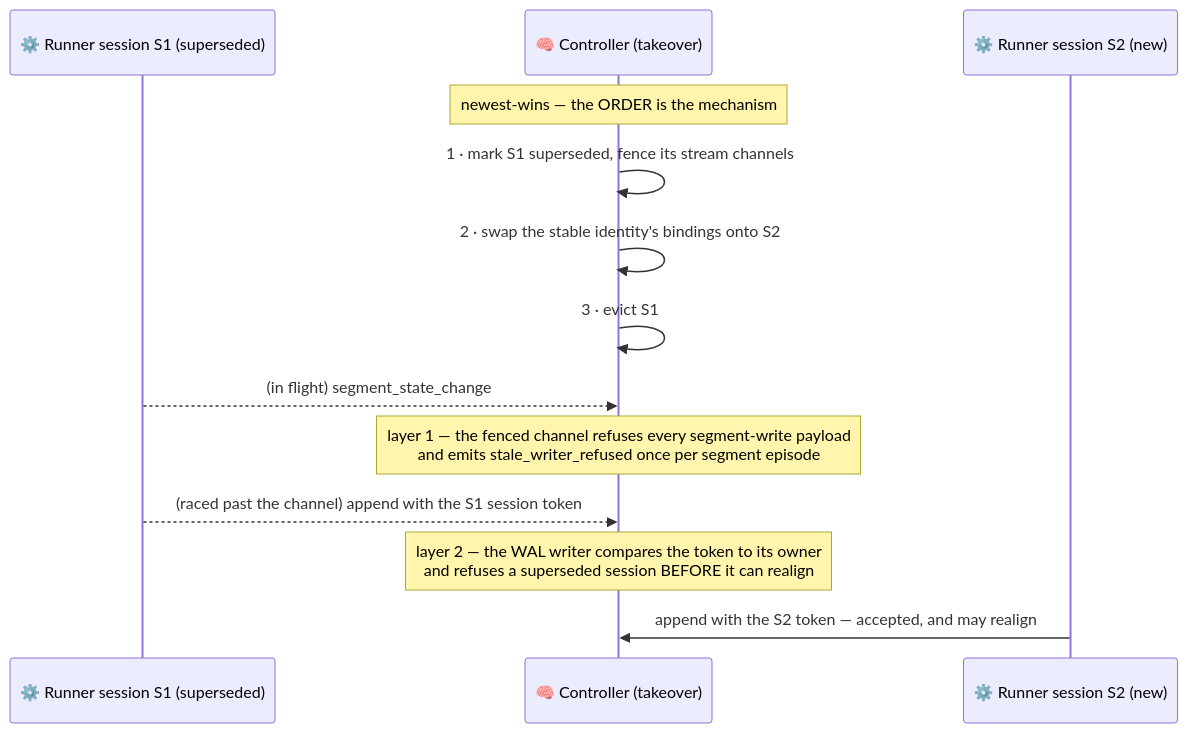
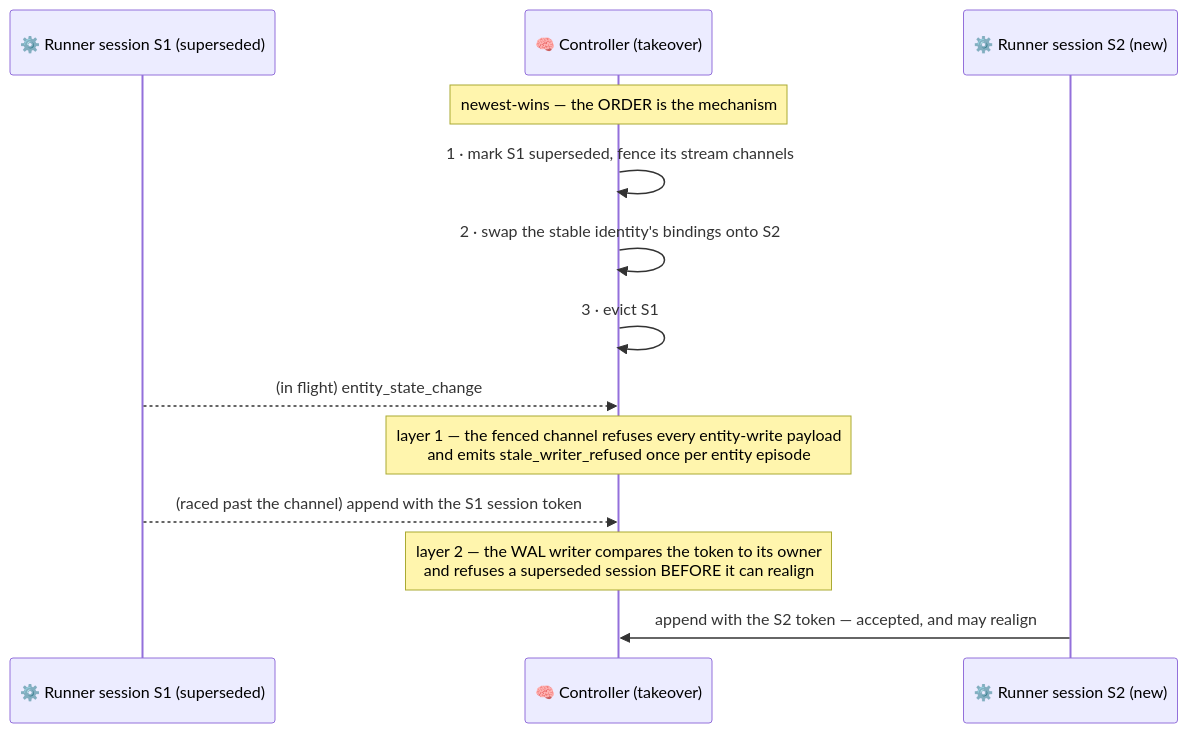
Diagram 13 of 16 in docs/architecture/kernel.md (Flezha/flezha), drawn with Mermaid before and after one commit. The commit also changed other lines of this file and 658 other files, not shown here.

````diff
--- a/docs/architecture/kernel.md
+++ b/docs/architecture/kernel.md
@@ -572,19 +572,19 @@
 ```mermaid
 sequenceDiagram
     participant OLD as ⚙️ Runner session S1 (superseded)
     participant CTRL as 🧠 Controller (takeover)
     participant NEW as ⚙️ Runner session S2 (new)
 
     Note over CTRL: newest-wins — the ORDER is the mechanism
     CTRL->>CTRL: 1 · mark S1 superseded, fence its stream channels
     CTRL->>CTRL: 2 · swap the stable identity's bindings onto S2
     CTRL->>CTRL: 3 · evict S1
 
-    OLD-->>CTRL: (in flight) segment_state_change
-    Note over CTRL: layer 1 — the fenced channel refuses every segment-write payload<br/>and emits stale_writer_refused once per segment episode
+    OLD-->>CTRL: (in flight) entity_state_change
+    Note over CTRL: layer 1 — the fenced channel refuses every entity-write payload<br/>and emits stale_writer_refused once per entity episode
 
     OLD-->>CTRL: (raced past the channel) append with the S1 session token
     Note over CTRL: layer 2 — the WAL writer compares the token to its owner<br/>and refuses a superseded session BEFORE it can realign
 
     NEW->>CTRL: append with the S2 token — accepted, and may realign
 ```
````
